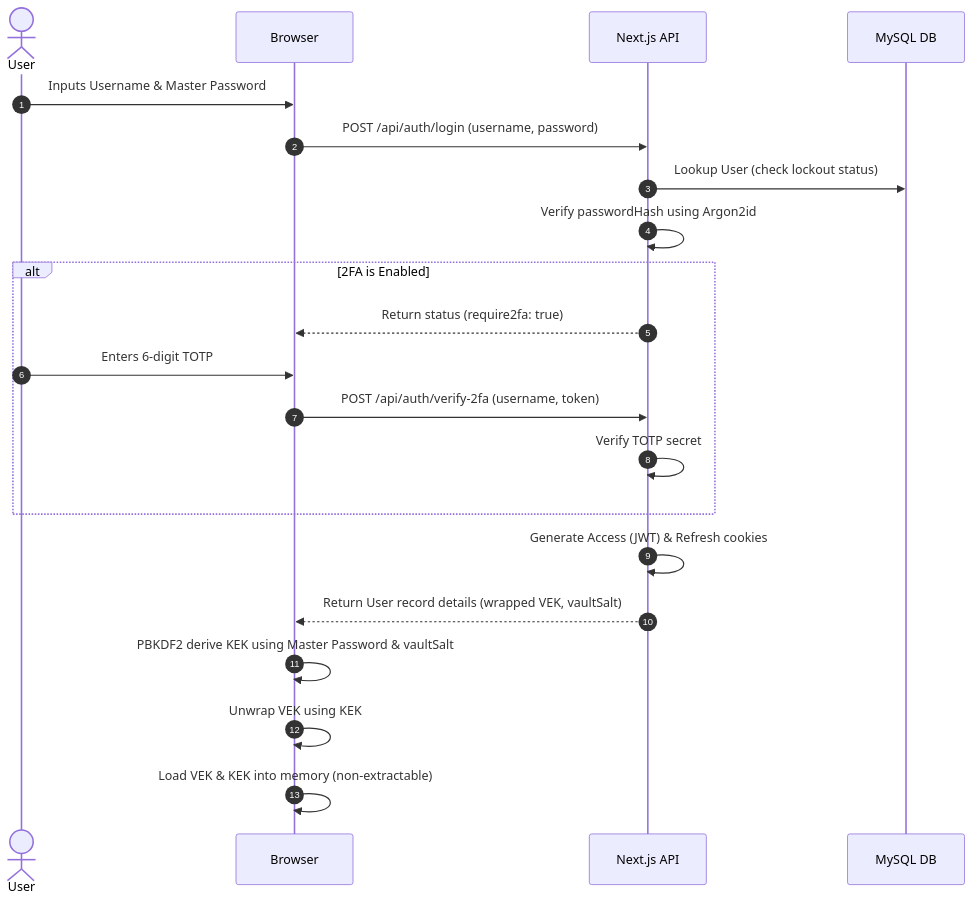
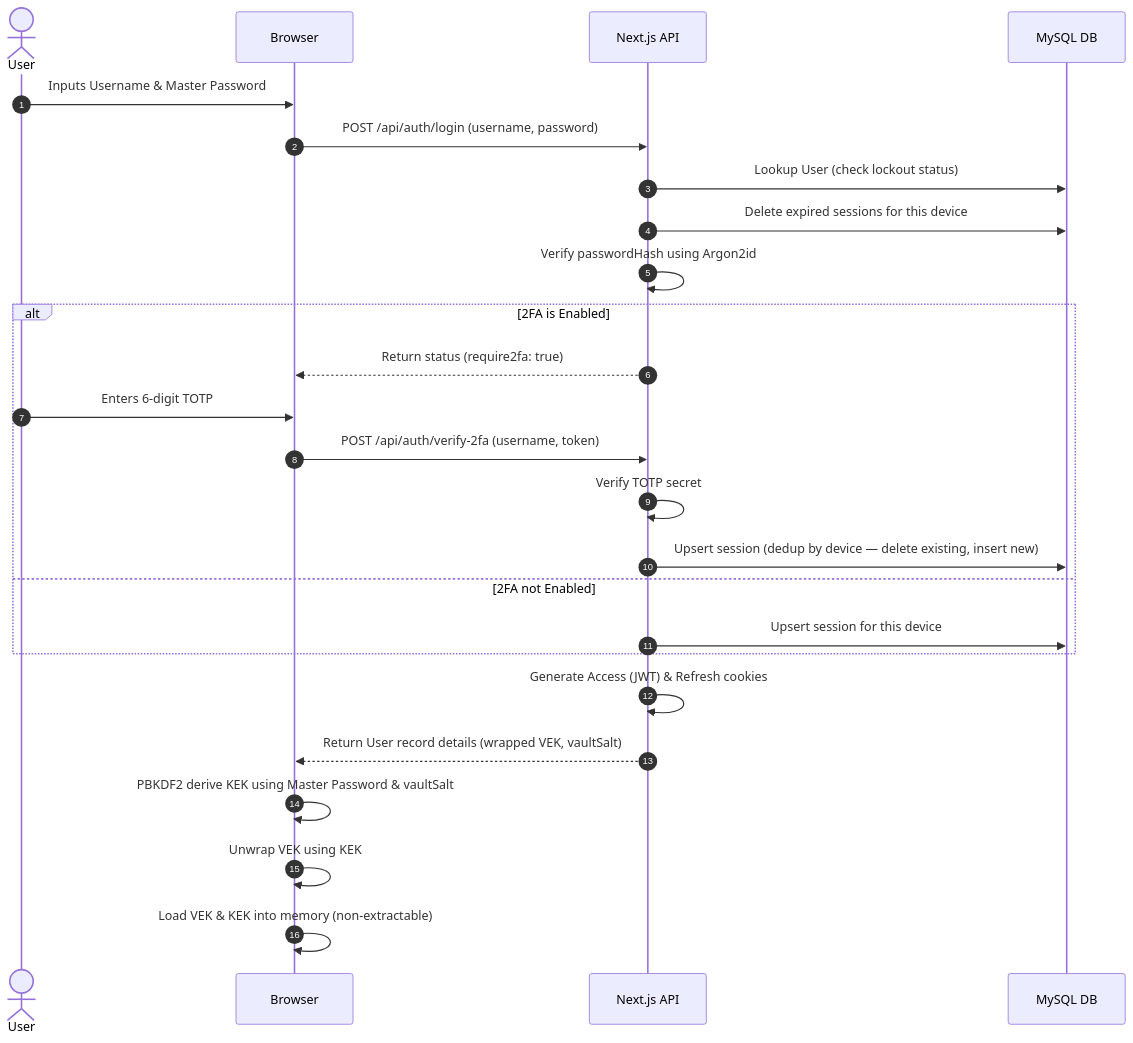
Before and after one commit to Ad1tya244/ZK-Password-Manager: the second of 4 diagrams in ZK password manager.md, drawn with Mermaid. The commit also changed other lines of this file and 24 other files, not shown here.

Commit message:
feat: robust session management, custom modal system, ZK password/username change flows, and UI polish

````diff
--- a/ZK password manager.md
+++ b/ZK password manager.md
@@ -182,24 +180,28 @@
 ```mermaid
 sequenceDiagram
     autonumber
     actor User
     participant Browser
     participant API as Next.js API
     participant DB as MySQL DB
 
     User->>Browser: Inputs Username & Master Password
     Browser->>API: POST /api/auth/login (username, password)
     API->>DB: Lookup User (check lockout status)
+    API->>DB: Delete expired sessions for this device
     API->>API: Verify passwordHash using Argon2id
     alt 2FA is Enabled
         API-->>Browser: Return status (require2fa: true)
         User->>Browser: Enters 6-digit TOTP
         Browser->>API: POST /api/auth/verify-2fa (username, token)
         API->>API: Verify TOTP secret
+        API->>DB: Upsert session (dedup by device — delete existing, insert new)
+    else 2FA not Enabled
+        API->>DB: Upsert session for this device
     end
     API->>API: Generate Access (JWT) & Refresh cookies
     API-->>Browser: Return User record details (wrapped VEK, vaultSalt)
     Browser->>Browser: PBKDF2 derive KEK using Master Password & vaultSalt
     Browser->>Browser: Unwrap VEK using KEK
     Browser->>Browser: Load VEK & KEK into memory (non-extractable)
 ```
````
